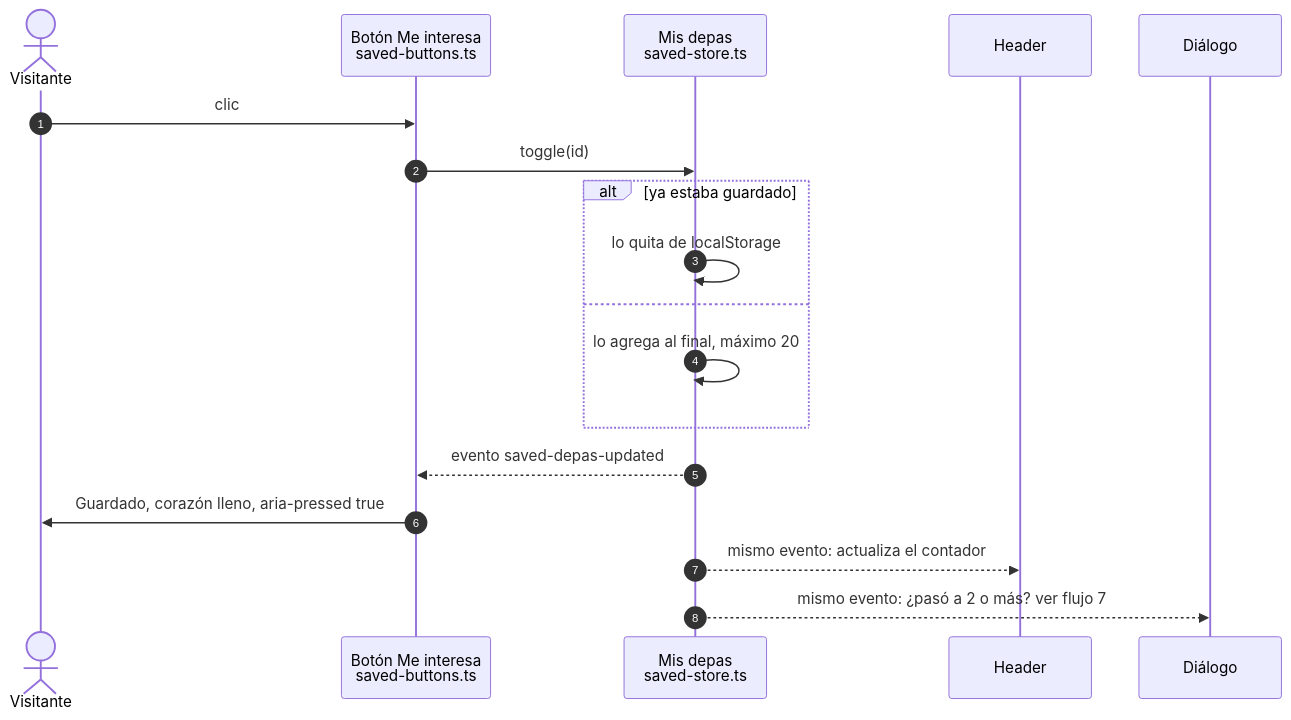
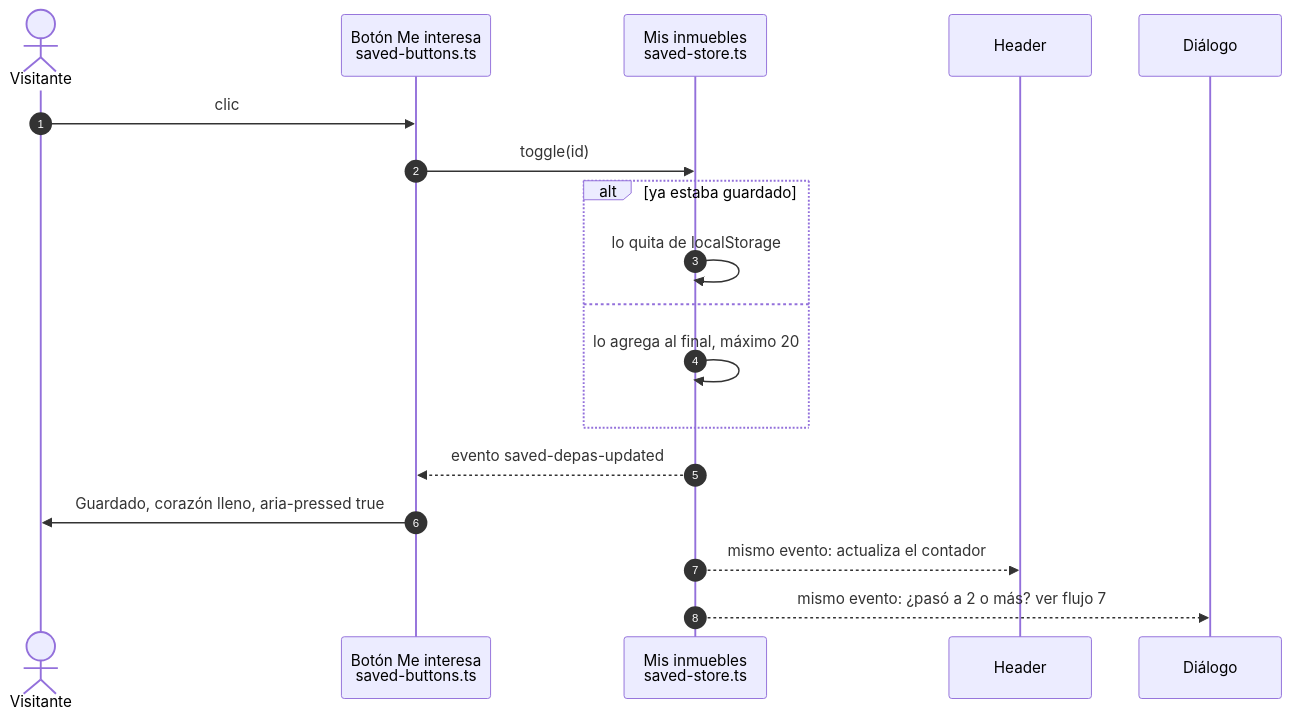
The sixth of 18 diagrams in docs/plataforma/05-flujos.md (samirharrytl/DHC_landing), drawn with Mermaid before and after one commit. The commit also changed other lines of this file and 72 other files, not shown here.

First line of the commit message:
Fuente Poppins como depahostperu.com, "Mis depas" pasa a "Mis inmuebles" y cambios en API y panel

````diff
--- a/docs/plataforma/05-flujos.md
+++ b/docs/plataforma/05-flujos.md
@@ -234,21 +234,21 @@
 ```mermaid
 sequenceDiagram
     autonumber
     actor V as Visitante
     participant B as Botón Me interesa<br/>saved-buttons.ts
-    participant ST as Mis depas<br/>saved-store.ts
+    participant ST as Mis inmuebles<br/>saved-store.ts
     participant HD as Header
     participant DL as Diálogo
 
     V->>B: clic
     B->>ST: toggle(id)
     alt ya estaba guardado
         ST->>ST: lo quita de localStorage
     else
         ST->>ST: lo agrega al final, máximo 20
     end
     ST-->>B: evento saved-depas-updated
     B->>V: Guardado, corazón lleno, aria-pressed true
     ST-->>HD: mismo evento: actualiza el contador
     ST-->>DL: mismo evento: ¿pasó a 2 o más? ver flujo 7
 ```
````
